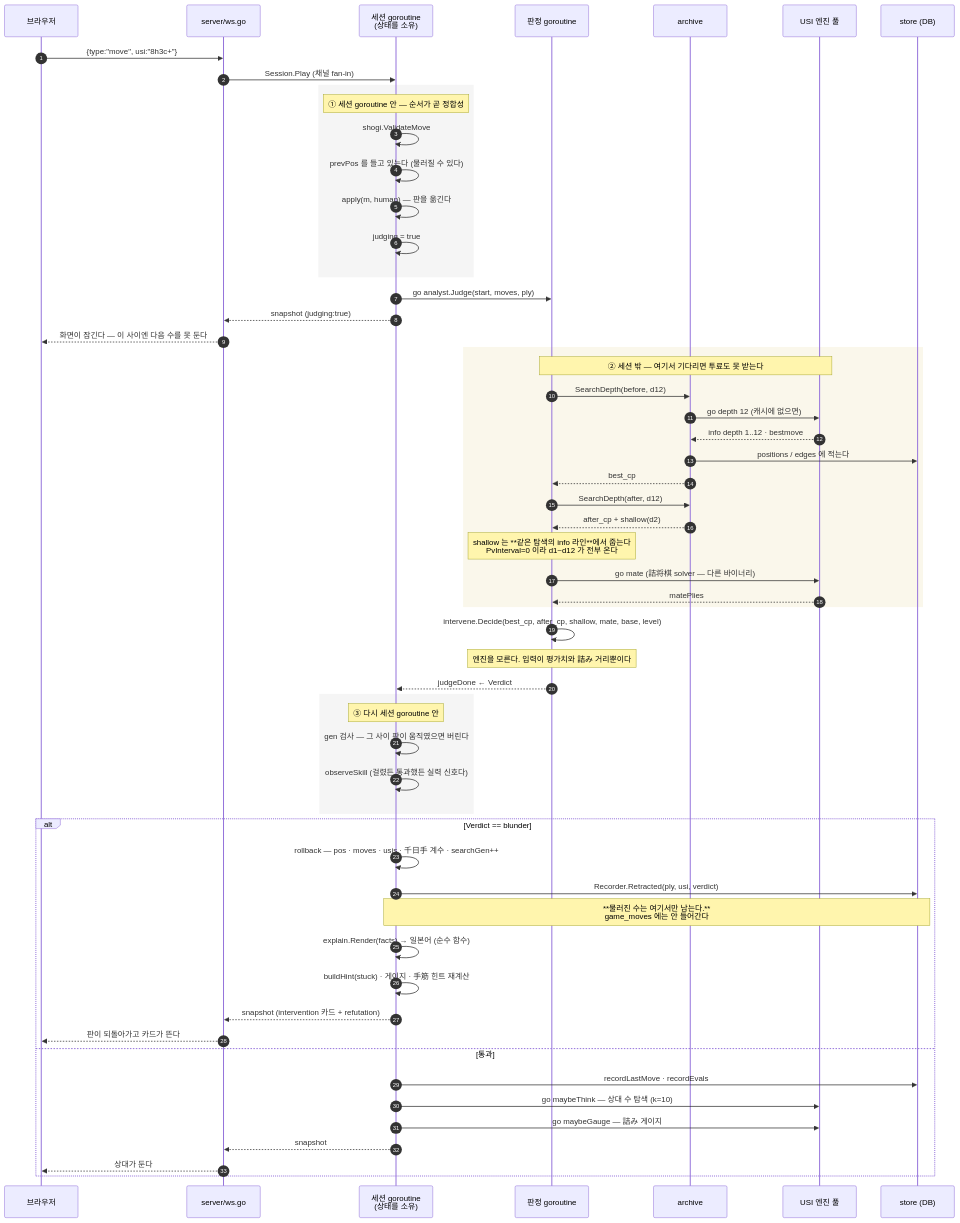
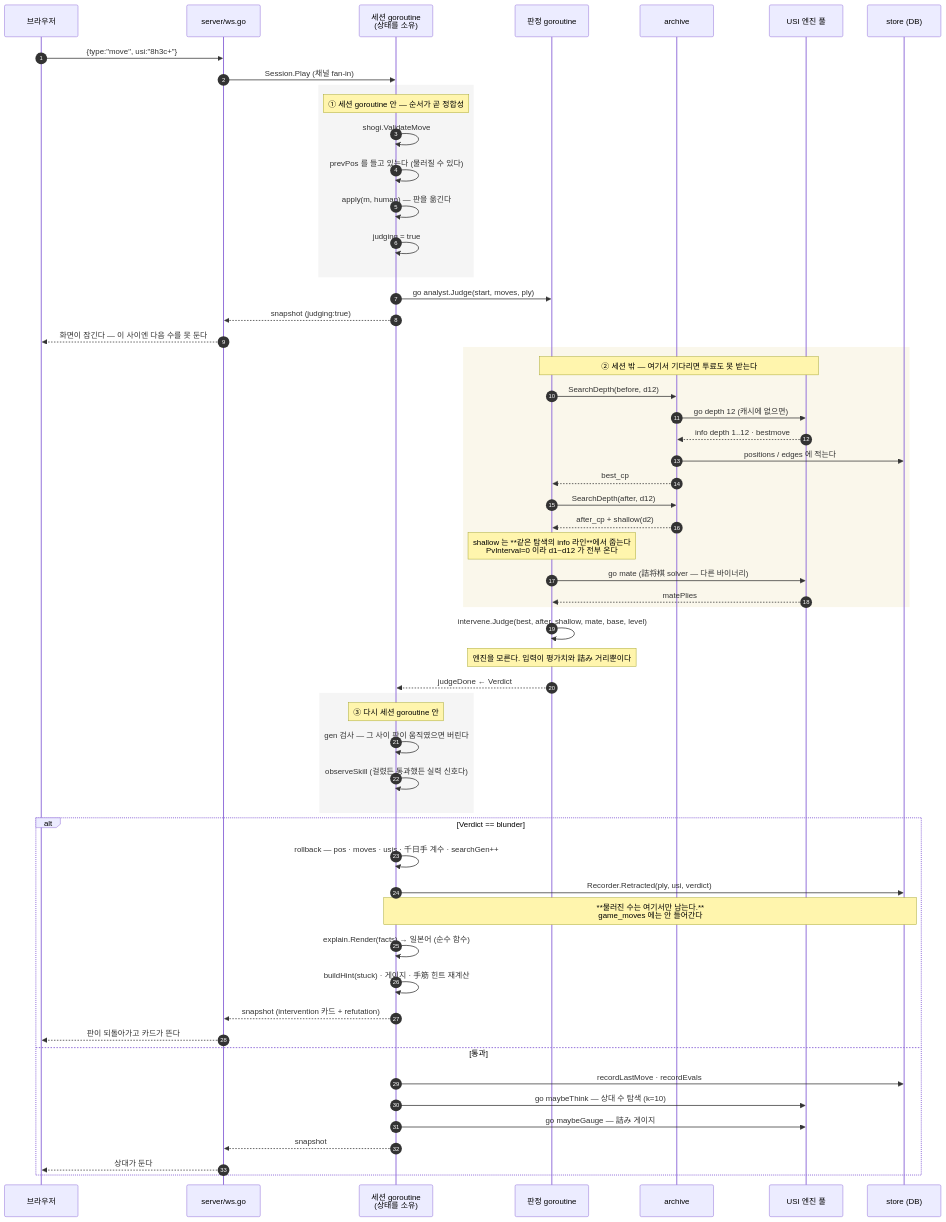
One commit to jovid18/show-gi changed the fourth of 8 diagrams in docs/spec/architecture.md. Above: the diagram before and after it, drawn with Mermaid. The commit also changed other lines of this file and 94 other files, not shown here.

````diff
--- a/docs/spec/architecture.md
+++ b/docs/spec/architecture.md
@@ -177,66 +181,66 @@
 ```mermaid
 sequenceDiagram
     autonumber
     participant B as 브라우저
     participant W as server/ws.go
     participant S as 세션 goroutine<br/>(상태를 소유)
     participant J as 판정 goroutine
     participant A as archive
     participant E as USI 엔진 풀
     participant D as store (DB)
 
     B->>W: {type:"move", usi:"8h3c+"}
     W->>S: Session.Play  (채널 fan-in)
 
     rect rgb(245,245,245)
     Note over S: ① 세션 goroutine 안 — 순서가 곧 정합성
     S->>S: shogi.ValidateMove
     S->>S: prevPos 를 들고 있는다 (물러질 수 있다)
     S->>S: apply(m, human) — 판을 옮긴다
     S->>S: judging = true
     end
 
     S->>J: go analyst.Judge(start, moves, ply)
     S-->>W: snapshot (judging:true)
     W-->>B: 화면이 잠긴다 — 이 사이엔 다음 수를 못 둔다
 
     rect rgb(250,247,235)
     Note over J,E: ② 세션 밖 — 여기서 기다리면 투료도 못 받는다
     J->>A: SearchDepth(before, d12)
     A->>E: go depth 12  (캐시에 없으면)
     E-->>A: info depth 1..12 · bestmove
     A->>D: positions / edges 에 적는다
     A-->>J: best_cp
     J->>A: SearchDepth(after, d12)
     A-->>J: after_cp + shallow(d2)
     Note over J: shallow 는 **같은 탐색의 info 라인**에서 줍는다<br/>PvInterval=0 이라 d1~d12 가 전부 온다
     J->>E: go mate  (詰将棋 solver — 다른 바이너리)
     E-->>J: matePlies
     end
 
-    J->>J: intervene.Decide(best_cp, after_cp, shallow, mate, base, level)
+    J->>J: intervene.Judge(best, after, shallow, mate, base, level)
     Note over J: 엔진을 모른다. 입력이 평가치와 詰み 거리뿐이다
     J-->>S: judgeDone ← Verdict
 
     rect rgb(245,245,245)
     Note over S: ③ 다시 세션 goroutine 안
     S->>S: gen 검사 — 그 사이 판이 움직였으면 버린다
     S->>S: observeSkill (걸렸든 통과했든 실력 신호다)
     end
 
     alt Verdict == blunder
         S->>S: rollback — pos · moves · usis · 千日手 계수 · searchGen++
         S->>D: Recorder.Retracted(ply, usi, verdict)
         Note over S,D: **물러진 수는 여기서만 남는다.**<br/>game_moves 에는 안 들어간다
         S->>S: explain.Render(facts) → 일본어 (순수 함수)
         S->>S: buildHint(stuck) · 게이지 · 手筋 힌트 재계산
         S-->>W: snapshot (intervention 카드 + refutation)
         W-->>B: 판이 되돌아가고 카드가 뜬다
     else 통과
         S->>D: recordLastMove · recordEvals
         S->>E: go maybeThink — 상대 수 탐색 (k=10)
         S->>E: go maybeGauge — 詰み 게이지
         S-->>W: snapshot
         W-->>B: 상대가 둔다
     end
 ```
````
